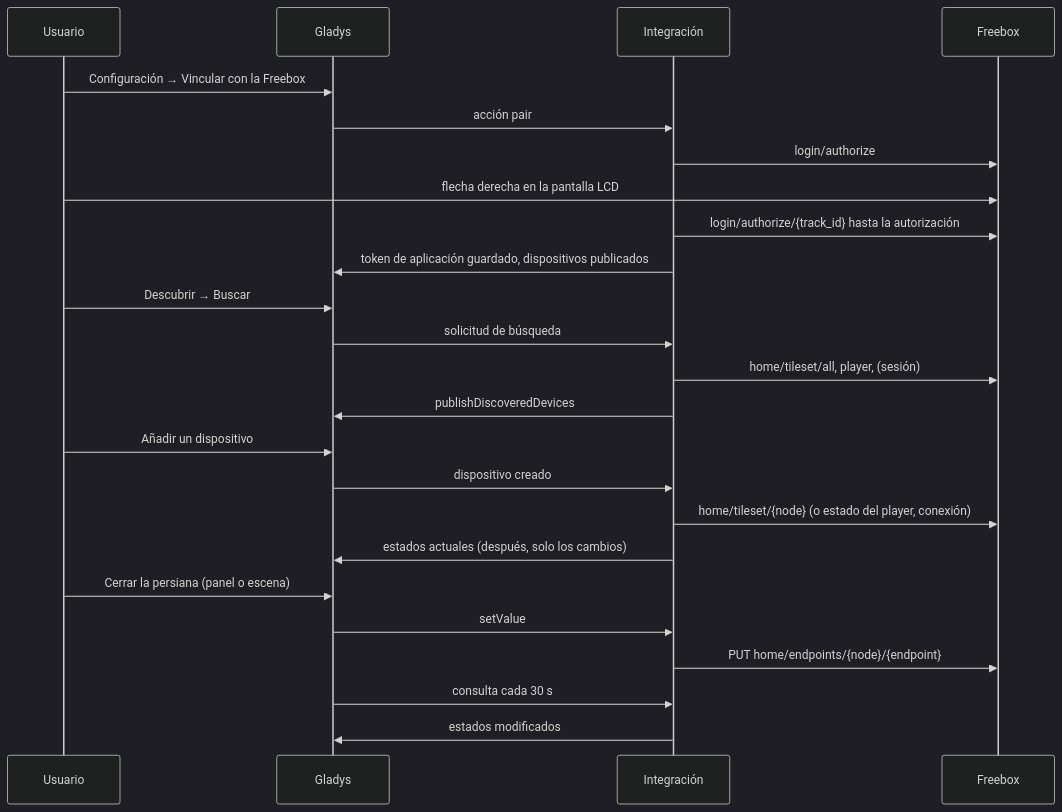
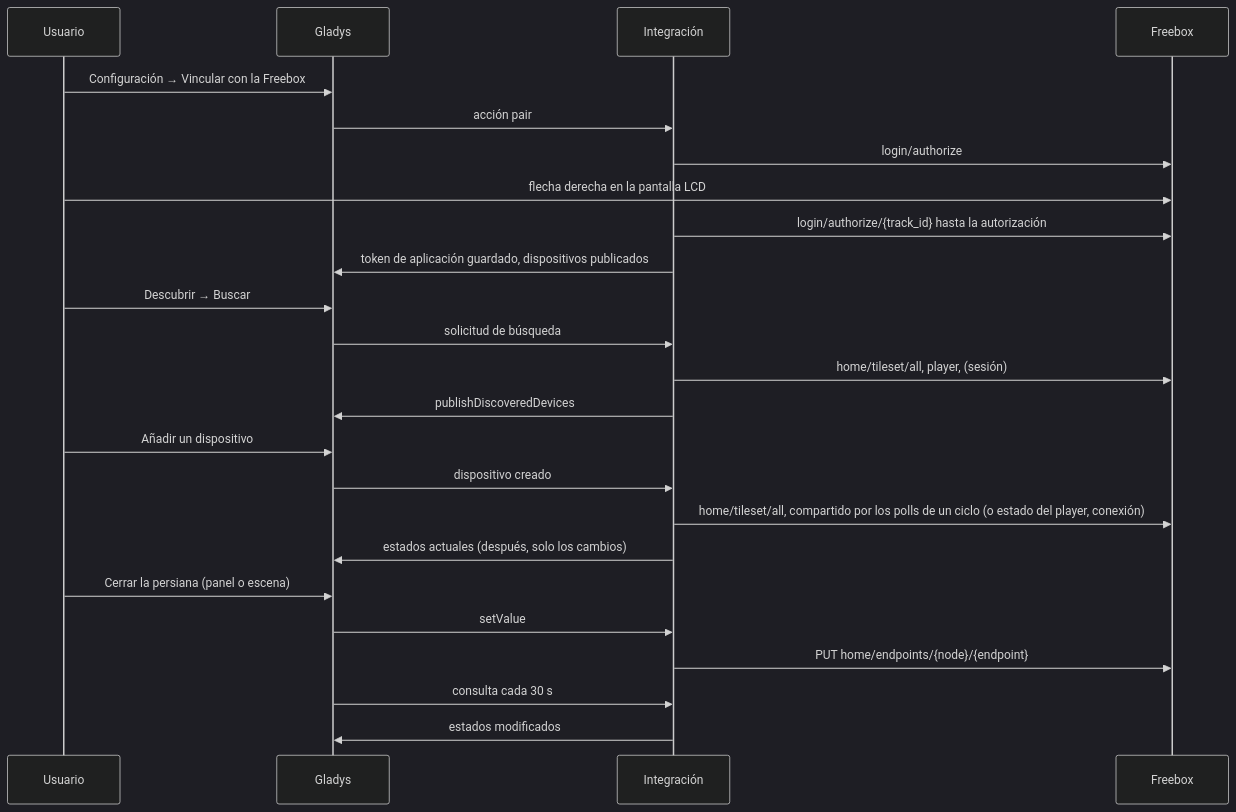
Before and after one commit to William-De71/gladys-freebox: the second of 3 diagrams in README.es.md, drawn with Mermaid (dark theme). The commit also changed other lines of this file and 23 other files, not shown here.

````diff
--- a/README.es.md
+++ b/README.es.md
@@ -89,26 +90,26 @@
 ```mermaid
 sequenceDiagram
   participant U as Usuario
   participant G as Gladys
   participant I as Integración
   participant F as Freebox
   U->>G: Configuración → Vincular con la Freebox
   G->>I: acción pair
   I->>F: login/authorize
   U->>F: flecha derecha en la pantalla LCD
   I->>F: login/authorize/{track_id} hasta la autorización
   I->>G: token de aplicación guardado, dispositivos publicados
   U->>G: Descubrir → Buscar
   G->>I: solicitud de búsqueda
   I->>F: home/tileset/all, player, (sesión)
   I->>G: publishDiscoveredDevices
   U->>G: Añadir un dispositivo
   G->>I: dispositivo creado
-  I->>F: home/tileset/{node} (o estado del player, conexión)
+  I->>F: home/tileset/all, compartido por los polls de un ciclo (o estado del player, conexión)
   I->>G: estados actuales (después, solo los cambios)
   U->>G: Cerrar la persiana (panel o escena)
   G->>I: setValue
   I->>F: PUT home/endpoints/{node}/{endpoint}
   G->>I: consulta cada 30 s
   I->>G: estados modificados
 ```
````
